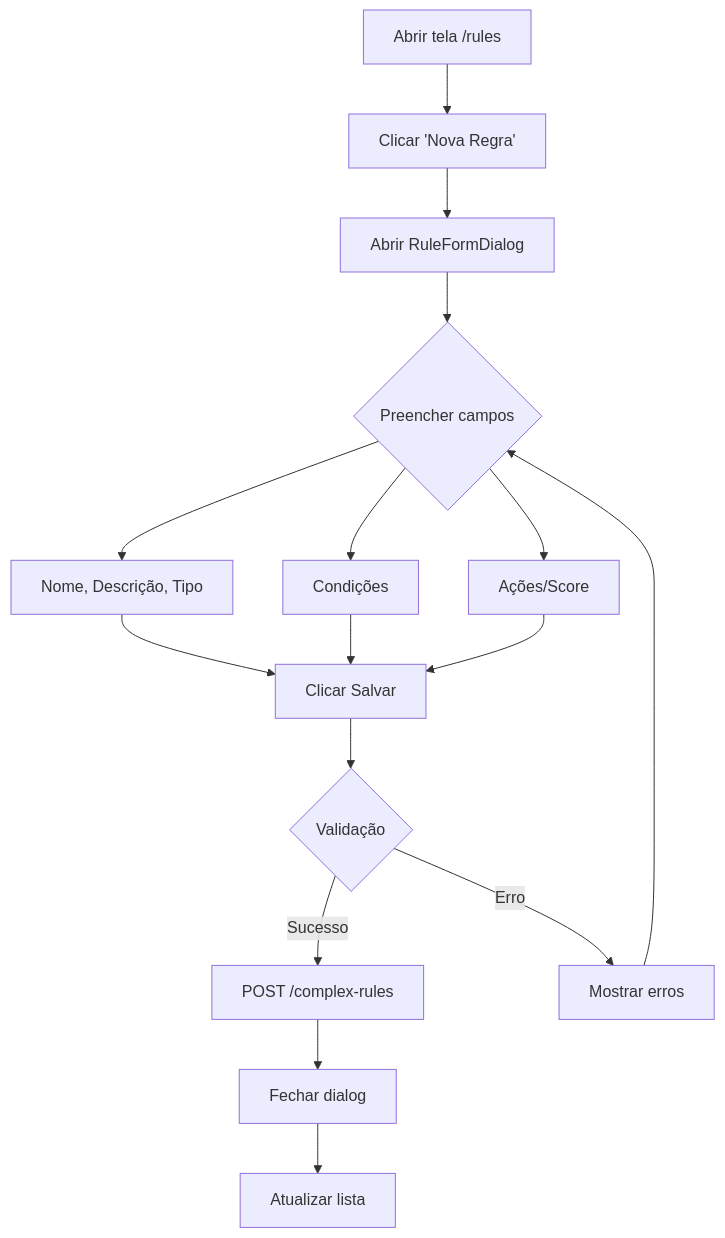
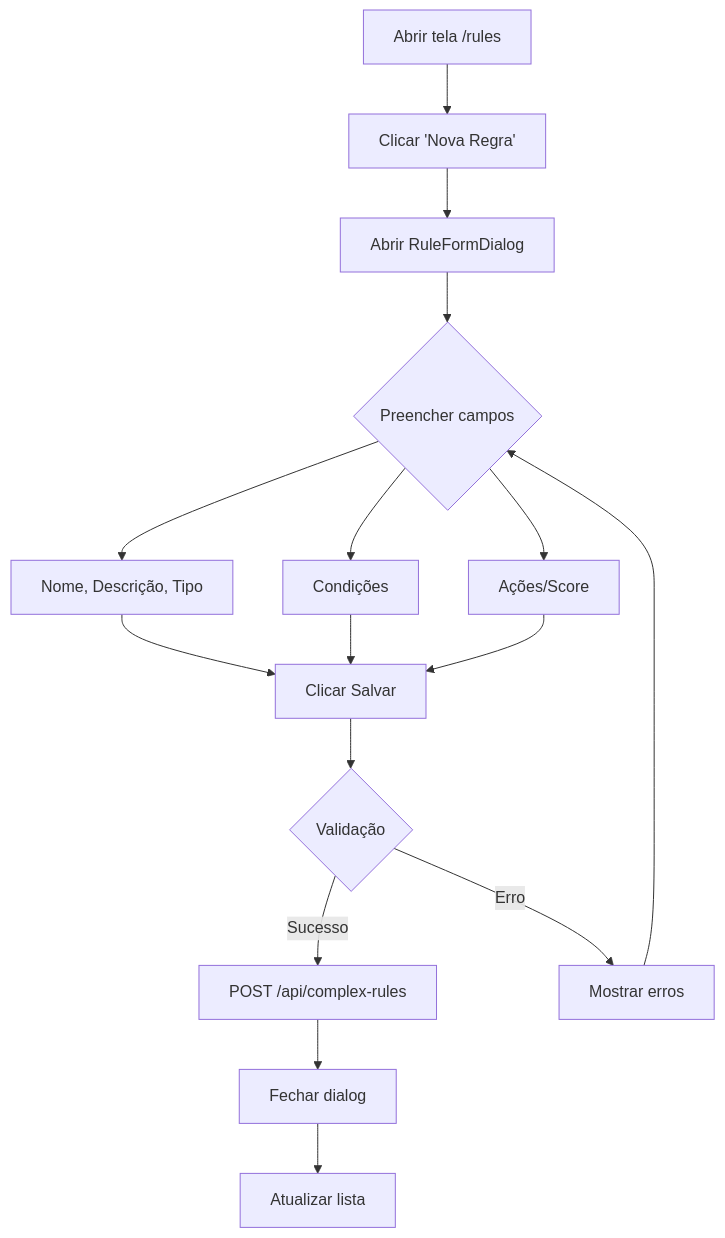
One commit to FELIPEACASTRO/RULEX changed diagram 13 of 44 in docs/DIAGRAMAS.md. Above: the diagram before and after it, drawn with Mermaid. The commit also changed other lines of this file and 7 other files, not shown here.

Commit message:
docs(diagramas): normalize /api endpoints and de-hallucinate flows

````diff
--- a/docs/DIAGRAMAS.md
+++ b/docs/DIAGRAMAS.md
@@ -1733,16 +1799,16 @@
 ```mermaid
 flowchart TD
     A[Abrir tela /rules] --> B[Clicar 'Nova Regra']
     B --> C[Abrir RuleFormDialog]
     C --> D{Preencher campos}
     D --> E[Nome, Descrição, Tipo]
     D --> F[Condições]
     D --> G[Ações/Score]
     E & F & G --> H[Clicar Salvar]
     H --> I{Validação}
-    I -->|Sucesso| J[POST /complex-rules]
+    I -->|Sucesso| J[POST /api/complex-rules]
     I -->|Erro| K[Mostrar erros]
     J --> L[Fechar dialog]
     L --> M[Atualizar lista]
     K --> D
 ```
````
